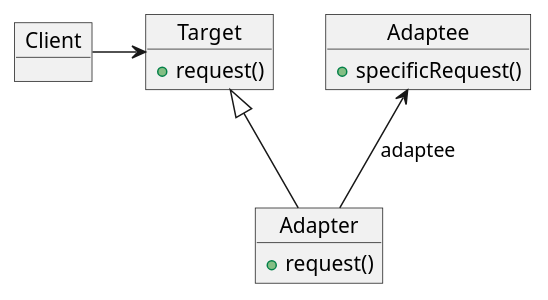
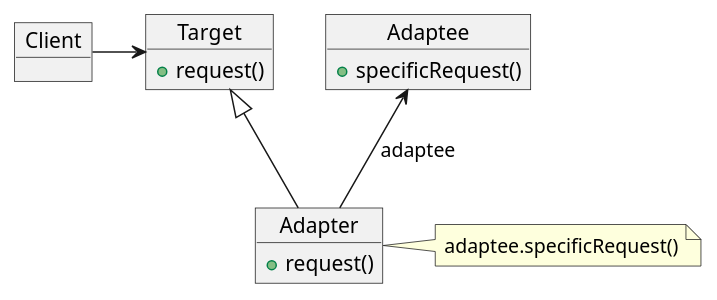
One commit to labsoftdev/DesignPatterns changed the diagram in puml/adapter.puml. Above: the diagram before and after it, drawn with PlantUML.

Commit message:
Adapter updatet puml diag

```diff
--- a/puml/adapter.puml
+++ b/puml/adapter.puml
@@ -1,20 +1,21 @@
 @startuml adapter
 object Target {
   +request()
 }
 
 object Client {
 }
 
 object Adaptee {
   +specificRequest()
 }
 
 object Adapter {
   +request()
 }
 
 Client -> Target
 Target <|-down- Adapter
 Adaptee <-- Adapter : adaptee
+note right of Adapter : adaptee.specificRequest()
 @enduml
```
